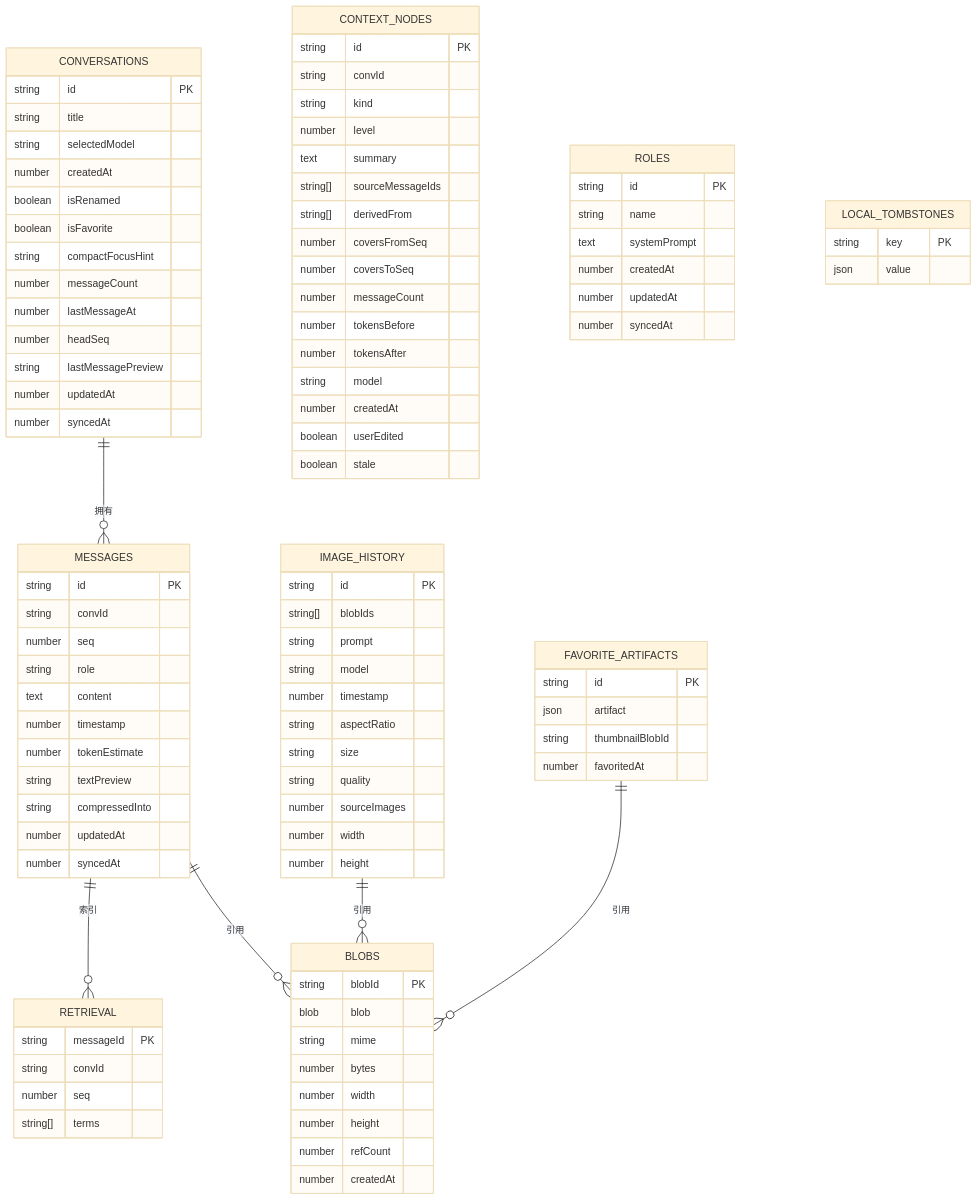
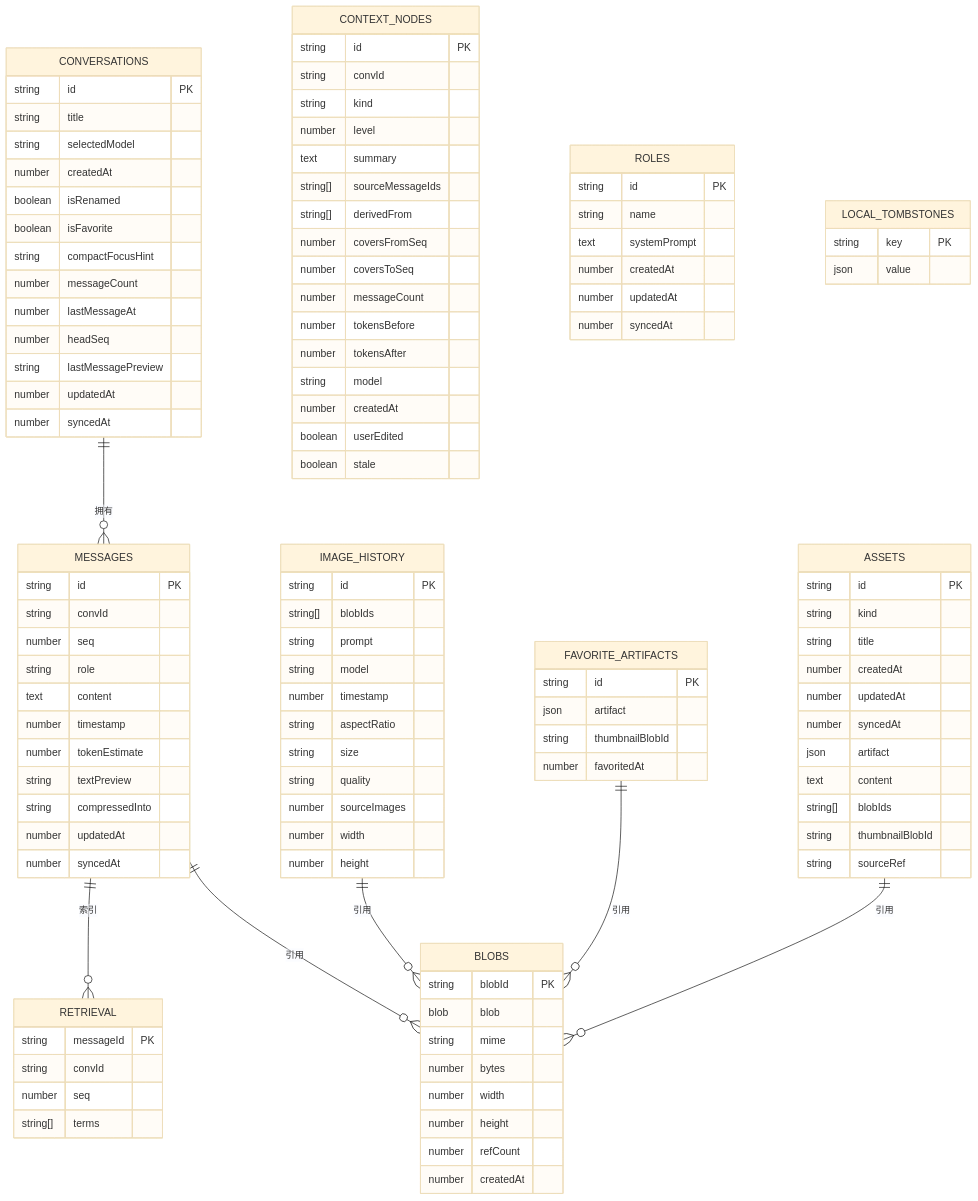
Diagram 14 of 14 in .qoder/repowiki/zh/content/数据持久化/数据库层/数据库层.md (billye220670/AIShop), drawn with Mermaid (base theme) before and after one commit. The commit also changed other lines of this file and 44 other files, not shown here.

First line of the commit message:
feat: 图片全屏查看器手势缩放 + 用户图片直出与库图片预览接入

````diff
--- a/.qoder/repowiki/zh/content/数据持久化/数据库层/数据库层.md
+++ b/.qoder/repowiki/zh/content/数据持久化/数据库层/数据库层.md
@@ -634,6 +733,19 @@
 string thumbnailBlobId
 number favoritedAt
 }
+ASSETS {
+string id PK
+string kind
+string title
+number createdAt
+number updatedAt
+number syncedAt
+json artifact
+text content
+string[] blobIds
+string thumbnailBlobId
+string sourceRef
+}
 ROLES {
 string id PK
 string name
@@ -651,4 +763,5 @@
 MESSAGES ||--o{ BLOBS : "引用"
 IMAGE_HISTORY ||--o{ BLOBS : "引用"
 FAVORITE_ARTIFACTS ||--o{ BLOBS : "引用"
+ASSETS ||--o{ BLOBS : "引用"
 ```
````
